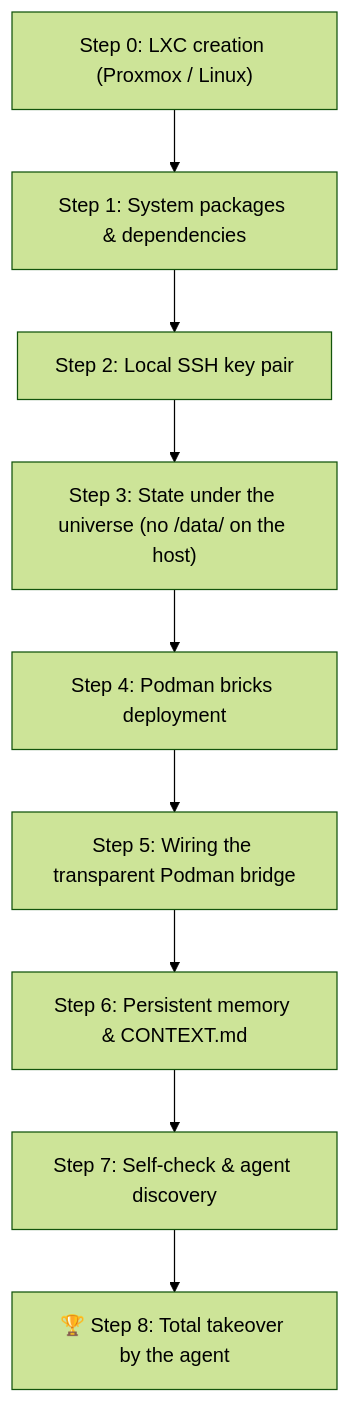
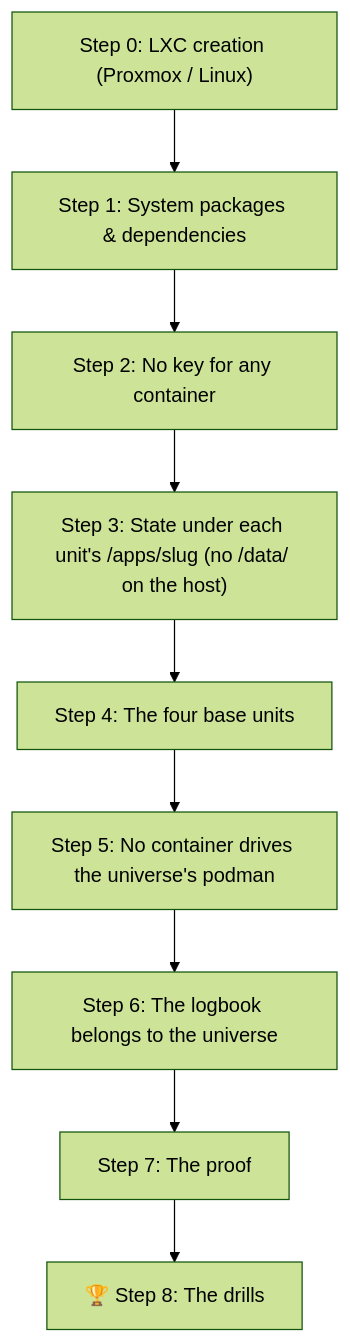
The diagram in software/LXC-CLEAN-SHEET-DEPLOYMENT-STEPS.md (xavdp-pro/SHAPER-OS-V1.14), drawn with Mermaid (forest theme) before and after one commit. The commit also changed other lines of this file and 17 other files, not shown here.

````diff
--- a/software/LXC-CLEAN-SHEET-DEPLOYMENT-STEPS.md
+++ b/software/LXC-CLEAN-SHEET-DEPLOYMENT-STEPS.md
@@ -26,11 +33,11 @@
 ```mermaid
 flowchart TD
     S0["Step 0: LXC creation (Proxmox / Linux)"] --> S1["Step 1: System packages & dependencies"]
-    S1 --> S2["Step 2: Local SSH key pair"]
-    S2 --> S3["Step 3: State under the universe (no /data/ on the host)"]
-    S3 --> S4["Step 4: Podman bricks deployment"]
-    S4 --> S5["Step 5: Wiring the transparent Podman bridge"]
-    S5 --> S6["Step 6: Persistent memory & CONTEXT.md"]
-    S6 --> S7["Step 7: Self-check & agent discovery"]
-    S7 --> S8["🏆 Step 8: Total takeover by the agent"]
+    S1 --> S2["Step 2: No key for any container"]
+    S2 --> S3["Step 3: State under each unit's /apps/slug (no /data/ on the host)"]
+    S3 --> S4["Step 4: The four base units"]
+    S4 --> S5["Step 5: No container drives the universe's podman"]
+    S5 --> S6["Step 6: The logbook belongs to the universe"]
+    S6 --> S7["Step 7: The proof"]
+    S7 --> S8["🏆 Step 8: The drills"]
 ```
````
